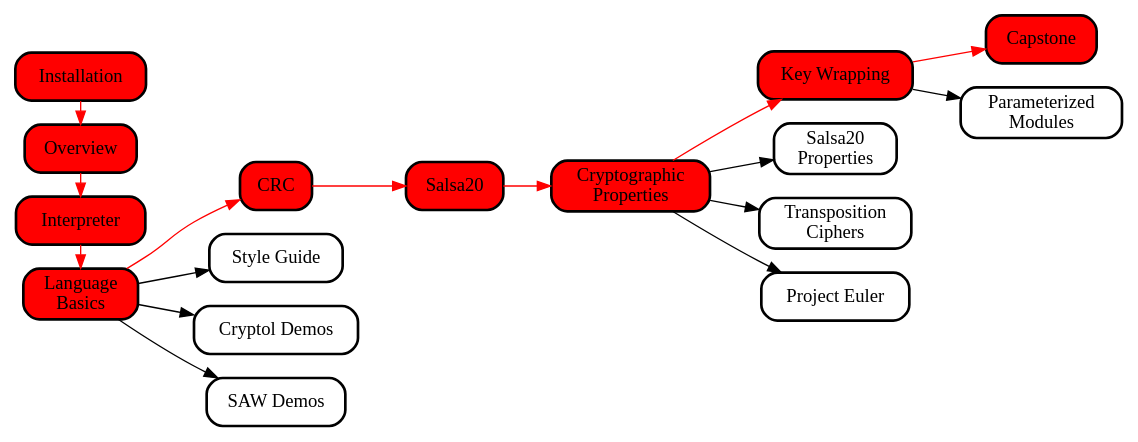
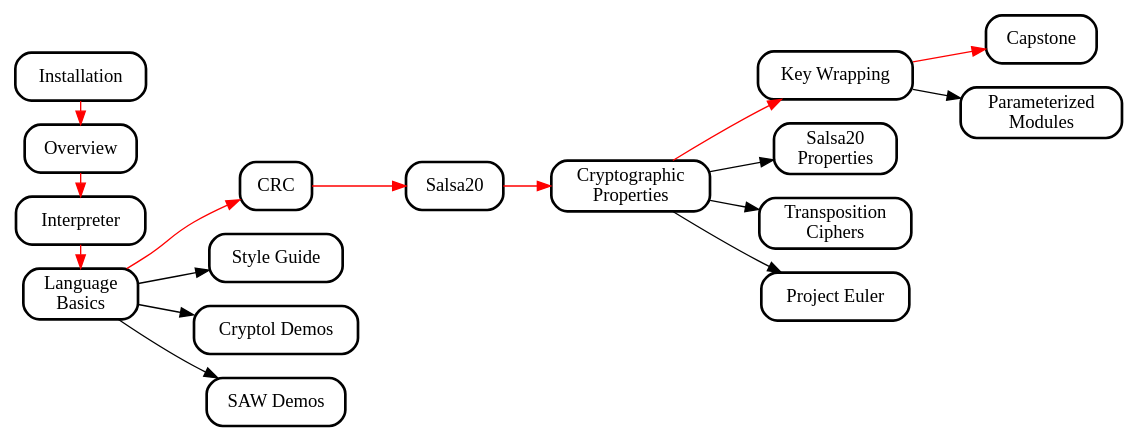
The diagram in misc/CryptolCourse.gv (weaversa/cryptol-course), drawn with Graphviz before and after one commit. The commit also changed 11 other files, not shown here.

Commit message:
updated graphics

```diff
--- a/misc/CryptolCourse.gv
+++ b/misc/CryptolCourse.gv
@@ -1,106 +1,106 @@
 digraph  {
   //splines = ortho;
   //concentrate = true;
 
   rankdir="LR";
 
-  node [shape="box", style="rounded,filled", fillcolor="red", penwidth = 2];
+  node [shape="box", style="rounded,filled", fillcolor="white", penwidth = 2];
   edge [penwidth = 1];
 
   // URLs by node
   // recommended
   
   Installation               [URL="https://github.com/weaversa/cryptol-course/tree/L4y3rC4k3/INSTALL.md"];
   Overview                   [URL="https://github.com/weaversa/cryptol-course/tree/L4y3rC4k3/labs/Overview/Overview.md"];
   Interpreter                [URL="https://github.com/weaversa/cryptol-course/tree/L4y3rC4k3/labs/Interpreter/Interpreter.md"];
   LanguageBasics             [URL="https://github.com/weaversa/cryptol-course/tree/L4y3rC4k3/labs/Language/Basics.md"];
   CRC                        [URL="https://github.com/weaversa/cryptol-course/tree/L4y3rC4k3/labs/CRC/CRC.md"];
   Salsa20                    [URL="https://github.com/weaversa/cryptol-course/tree/L4y3rC4k3/labs/Salsa20/Salsa20.md"];
   CryptographicProperties    [URL="https://github.com/weaversa/cryptol-course/tree/L4y3rC4k3/labs/CryptoProofs/CryptoProofs.md"];
   KeyWrapping                [URL="https://github.com/weaversa/cryptol-course/tree/L4y3rC4k3/labs/KeyWrapping/KeyWrapping.md"];
   Capstone                   [URL="https://github.com/weaversa/cryptol-course/tree/L4y3rC4k3/labs/LoremIpsum/LoremIpsum.md"];
 
   // branch nodes
   node [fillcolor="white"];
   
   StyleGuide                 [URL="https://github.com/weaversa/cryptol-course/tree/L4y3rC4k3/cryptol-style.md"];
   CryptolDemos               [URL="https://github.com/weaversa/cryptol-course/tree/L4y3rC4k3/labs/Demos/Cryptol/Demos.md"];
   SAWDemos                   [URL="https://github.com/weaversa/cryptol-course/tree/L4y3rC4k3/labs/Demos/SAW/Demos.md"];
   Salsa20Properties          [URL="https://github.com/weaversa/cryptol-course/tree/L4y3rC4k3/labs/Salsa20/Salsa20Props.md"];
   TranspositionCiphers       [URL="https://github.com/weaversa/cryptol-course/tree/L4y3rC4k3/labs/Transposition/Contents.md"];
   ProjectEuler               [URL="https://github.com/weaversa/cryptol-course/tree/L4y3rC4k3/labs/ProjectEuler/ProjectEuler.md"];
   ParameterizedModules       [URL="https://github.com/weaversa/cryptol-course/tree/L4y3rC4k3/labs/SimonSpeck/SimonSpeck.md"];
 
   // newline/space labels
   
   LanguageBasics             [label = "Language\nBasics"]
   CryptographicProperties    [label = "Cryptographic\nProperties"]
   KeyWrapping                [label = "Key Wrapping"]
   CryptolDemos               [label = "Cryptol Demos"]
   SAWDemos                   [label = "SAW Demos"]
   TranspositionCiphers       [label = "Transposition\nCiphers"]
   ParameterizedModules       [label = "Parameterized\nModules"]
   Salsa20Properties          [label = "Salsa20\nProperties"]
   StyleGuide                 [label = "Style Guide"]
   ProjectEuler               [label = "Project Euler"]
 
   // recommended flow
   edge [color=red];
   
   Installation -> Overview;
   Overview -> Interpreter;
   Interpreter -> LanguageBasics;
   LanguageBasics -> CRC;
   CRC -> Salsa20;
   Salsa20 -> CryptographicProperties;
   CryptographicProperties -> KeyWrapping;
   KeyWrapping -> Capstone;
 
   // branches
   edge [color=black];
   
   LanguageBasics -> StyleGuide;
   LanguageBasics -> CryptolDemos;
   LanguageBasics -> SAWDemos;
   CryptographicProperties -> Salsa20Properties;
   CryptographicProperties -> TranspositionCiphers;
   CryptographicProperties -> ProjectEuler;
   KeyWrapping -> ParameterizedModules;
 
   // ranks
 
   {
     // Intro
     rank = same;
     Installation;
     Overview;
     Interpreter;
     LanguageBasics;
   }
 
   {
     // Language Basics
     rank = same;
     CRC;
     StyleGuide;
     CryptolDemos;
     SAWDemos;
   }
 
   {
     // Cryptographic Properties
     rank = same;
     KeyWrapping;
     Salsa20Properties;
     TranspositionCiphers;
     ProjectEuler;
   }
 
   {
     // Key Wrapping
     rank = same;
     Capstone;
     ParameterizedModules;
   }
 
 }
```
